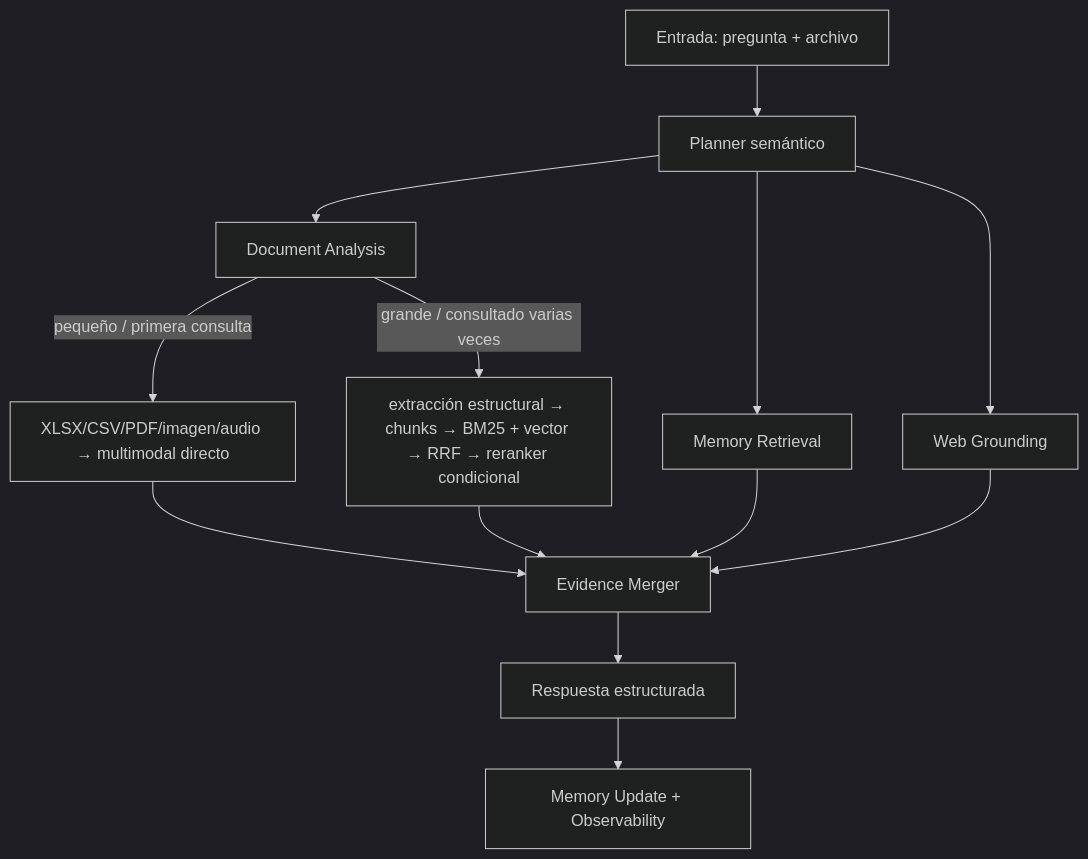
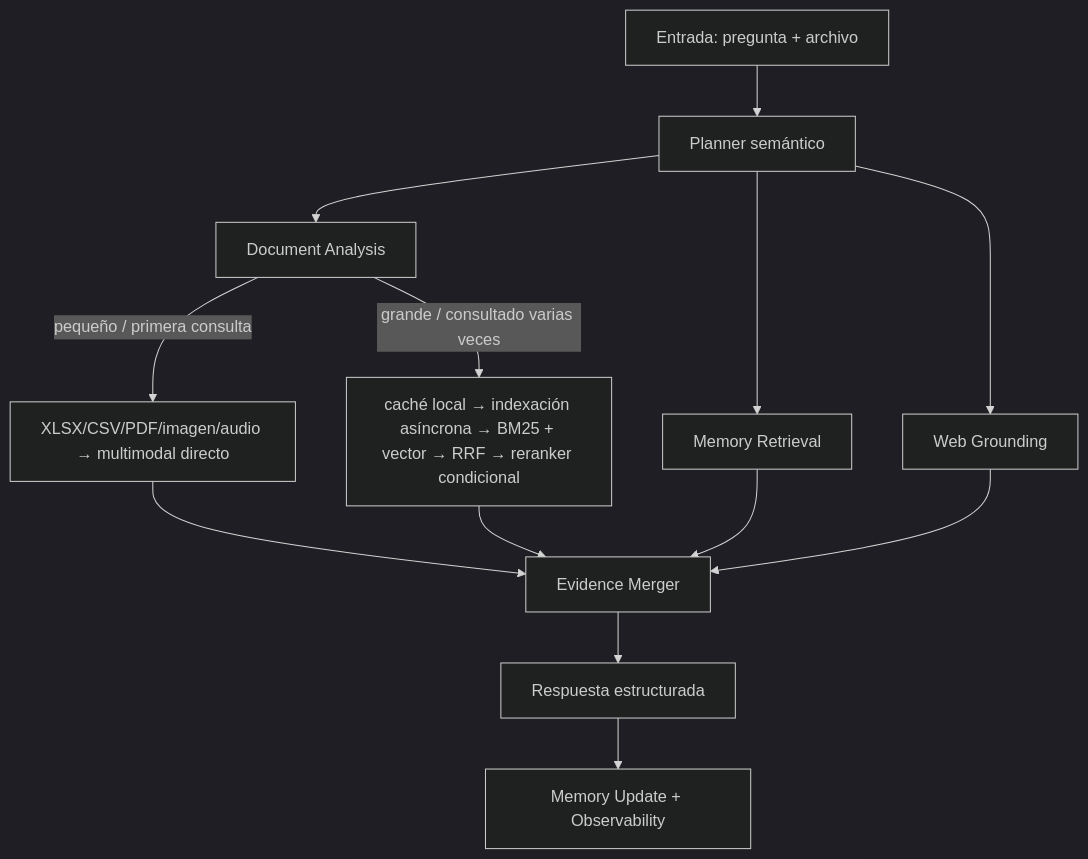
The first of 4 diagrams in README.md (misikss/llm-cli), drawn with Mermaid (dark theme) before and after one commit. The commit also changed other lines of this file and 8 other files, not shown here.

````diff
--- a/README.md
+++ b/README.md
@@ -13,15 +13,15 @@
 ```mermaid
 flowchart TD
     Input["Entrada: pregunta + archivo"] --> Planner["Planner semántico"]
     Planner --> Document["Document Analysis"]
     Document -->|"pequeño / primera consulta"| Direct["XLSX/CSV/PDF/imagen/audio → multimodal directo"]
-    Document -->|"grande / consultado varias veces"| DocRAG["extracción estructural → chunks → BM25 + vector → RRF → reranker condicional"]
+    Document -->|"grande / consultado varias veces"| DocRAG["caché local → indexación asíncrona → BM25 + vector → RRF → reranker condicional"]
     Planner --> Memory["Memory Retrieval"]
     Planner --> Web["Web Grounding"]
     Direct --> Merge["Evidence Merger"]
     DocRAG --> Merge
     Memory --> Merge
     Web --> Merge
     Merge --> Answer["Respuesta estructurada"]
     Answer --> Update["Memory Update + Observability"]
 ```
````
